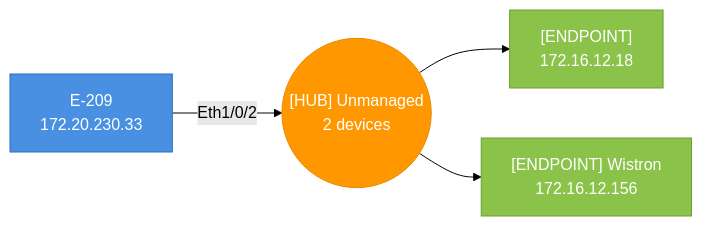
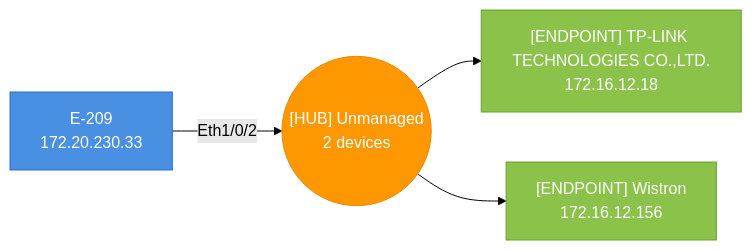
One commit to djamic/LLDP-Skanner-Go changed diagram 22 of 38 in testdata/golden/audit_default.md. Above: the diagram before and after it, drawn with Mermaid (forest theme). The commit also changed other lines of this file and 11 other files, not shown here.

````diff
--- a/testdata/golden/audit_default.md
+++ b/testdata/golden/audit_default.md
@@ -1781,14 +1771,14 @@
 ```mermaid
 graph LR
   hub_f8f0827c2cc7_p2(("[HUB] Unmanaged<br>2 devices"))
   f8f0827c2cc7["E-209<br>172.20.230.33"]
   f8f0827c2cc7-- "Eth1/0/2" -->hub_f8f0827c2cc7_p2
   style f8f0827c2cc7 fill:#4A90E2,stroke:#2A6FC2,color:#fff
-  909a4a24f1dd["[ENDPOINT]<br>172.16.12.18"]
+  909a4a24f1dd["[ENDPOINT] TP-LINK TECHNOLOGIES CO.,LTD.<br>172.16.12.18"]
   hub_f8f0827c2cc7_p2-->909a4a24f1dd
   style 909a4a24f1dd fill:#8BC34A,stroke:#6B9F30,color:#fff
   98eecbe08980["[ENDPOINT] Wistron<br>172.16.12.156"]
   hub_f8f0827c2cc7_p2-->98eecbe08980
   style 98eecbe08980 fill:#8BC34A,stroke:#6B9F30,color:#fff
   style hub_f8f0827c2cc7_p2 fill:#FF9800,stroke:#E68A00,color:#fff
 ```
````
